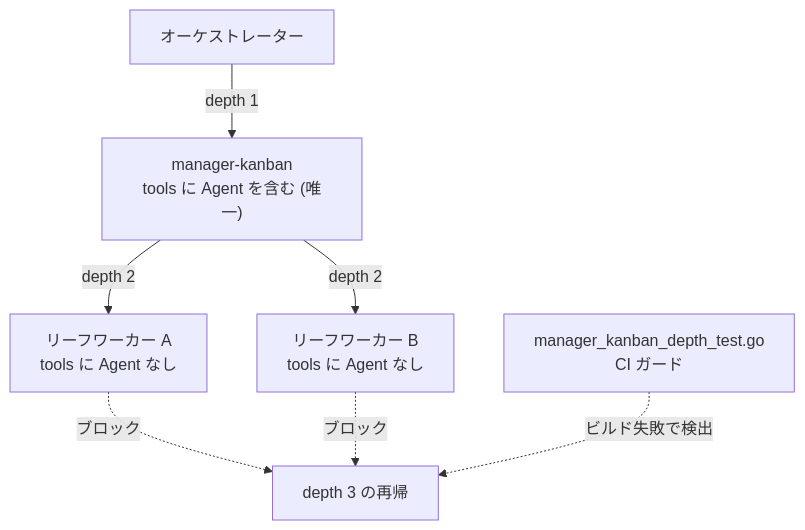
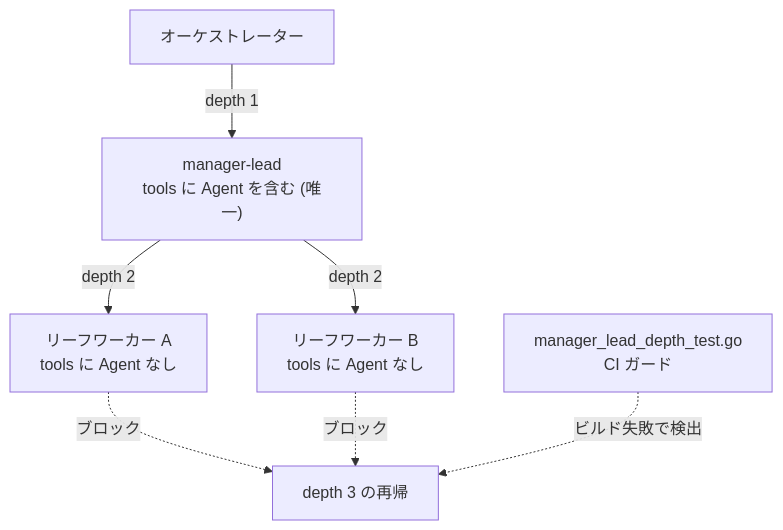
One commit to modu-ai/moai-adk changed the third of 5 diagrams in docs-site/content/ja/advanced/agent-guide.md. Above: the diagram before and after it, drawn with Mermaid. The commit also changed other lines of this file and 17 other files, not shown here.

First line of the commit message:
docs(docs-site): sweep manager-kanban -> manager-lead agent-name prose (4 locales)

````diff
--- a/docs-site/content/ja/advanced/agent-guide.md
+++ b/docs-site/content/ja/advanced/agent-guide.md
@@ -166,9 +166,9 @@
 ```mermaid
 flowchart TD
-    ORCH["オーケストレーター"] -->|"depth 1"| LEAD["manager-kanban<br>tools に Agent を含む (唯一)"]
+    ORCH["オーケストレーター"] -->|"depth 1"| LEAD["manager-lead<br>tools に Agent を含む (唯一)"]
     LEAD -->|"depth 2"| W1["リーフワーカー A<br>tools に Agent なし"]
     LEAD -->|"depth 2"| W2["リーフワーカー B<br>tools に Agent なし"]
     W1 -.->|"ブロック"| X["depth 3 の再帰"]
     W2 -.->|"ブロック"| X
-    GUARD["manager_kanban_depth_test.go<br>CI ガード"] -.->|"ビルド失敗で検出"| X
+    GUARD["manager_lead_depth_test.go<br>CI ガード"] -.->|"ビルド失敗で検出"| X
 ```
````
